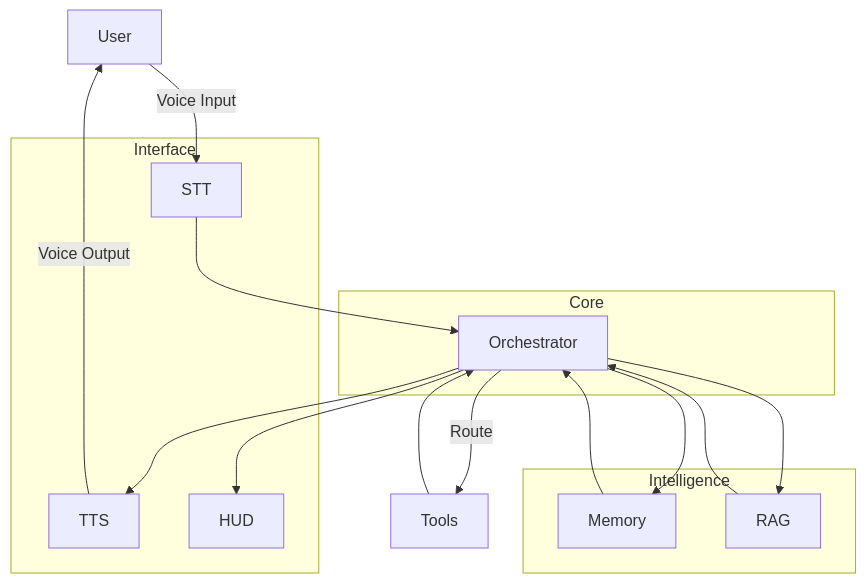
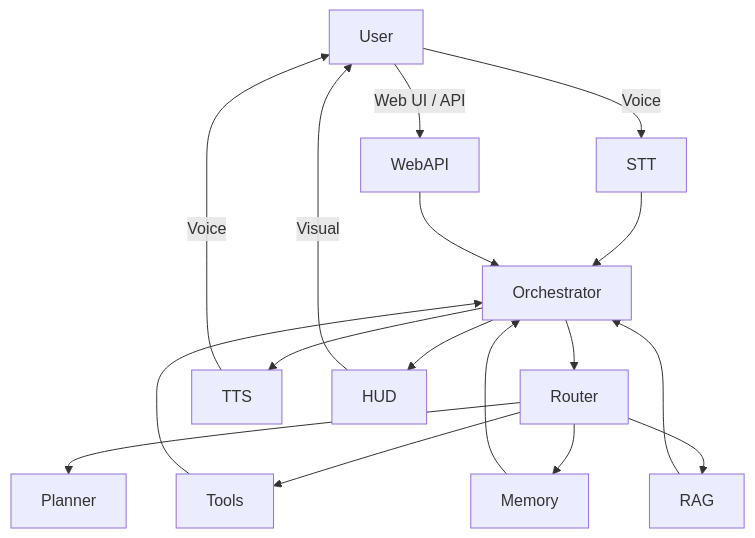
One commit to brunoah/frank-assistant-ia changed the diagram in README.md. Above: the diagram before and after it, drawn with Mermaid. The commit also changed other lines of this file, not shown here.

````diff
--- a/README.md
+++ b/README.md
@@ -36,31 +62,22 @@
 ``` mermaid
 flowchart TD
+User -->|Voice| STT
+User -->|Web UI / API| WebAPI
 
-User -->|Voice Input| STT
 STT --> Orchestrator
-Orchestrator -->|Route| Tools
-Orchestrator --> Memory
-Orchestrator --> RAG
+WebAPI --> Orchestrator
+
+Orchestrator --> Router
+Router --> Planner
+Router --> Tools
+Router --> Memory
+Router --> RAG
+Orchestrator --> TTS
+Orchestrator --> HUD
+
 Tools --> Orchestrator
+Memory --> Orchestrator
 RAG --> Orchestrator
-Memory --> Orchestrator
-Orchestrator --> TTS
-TTS -->|Voice Output| User
-
-subgraph Core
-Orchestrator
-end
-
-subgraph Intelligence
-Memory
-RAG
-end
-
-subgraph Interface
-STT
-TTS
-HUD
-end
-
-Orchestrator --> HUD
+TTS -->|Voice| User
+HUD -->|Visual| User
 ```
````
